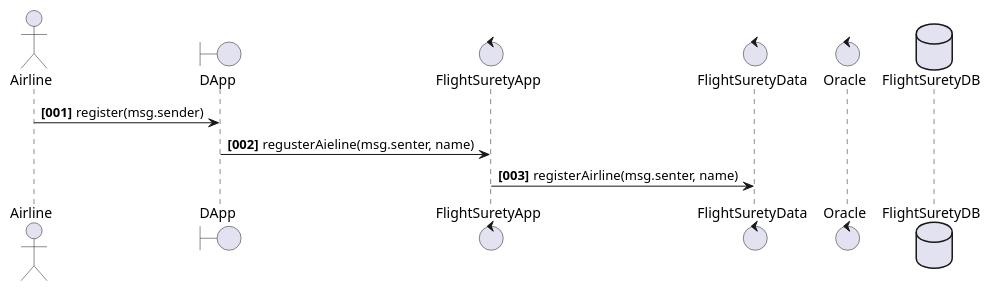
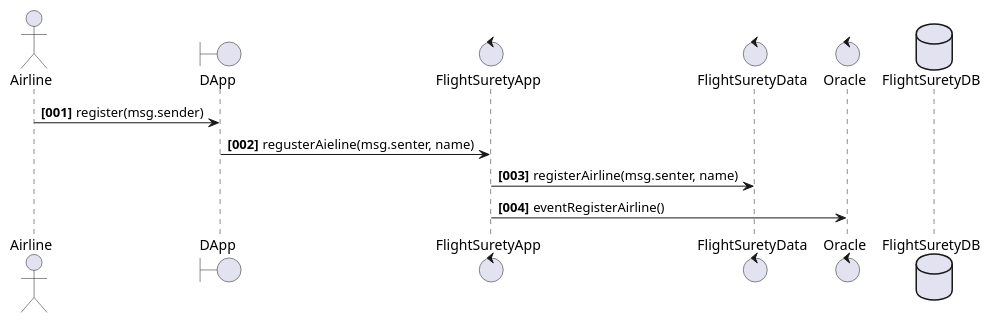
One commit to HajimeK/BlockchainDevND changed the diagram in projects/project_FlightSurety/UML/seq_registerAirline.pu. Above: the diagram before and after it, drawn with PlantUML. The commit also changed 5 other files, not shown here.

```diff
--- a/projects/project_FlightSurety/UML/seq_registerAirline.pu
+++ b/projects/project_FlightSurety/UML/seq_registerAirline.pu
@@ -1,14 +1,14 @@
 @startuml
 actor Airline
 boundary DApp
 control FlightSuretyApp
 control FlightSuretyData
 control Oracle
 database FlightSuretyDB
 
 autonumber "<b>[000]"
 Airline -> DApp : register(msg.sender)
 DApp -> FlightSuretyApp :regusterAieline(msg.senter, name)
 FlightSuretyApp -> FlightSuretyData : registerAirline(msg.senter, name)
-
+FlightSuretyApp -> Oracle : eventRegisterAirline()
 @enduml
```
